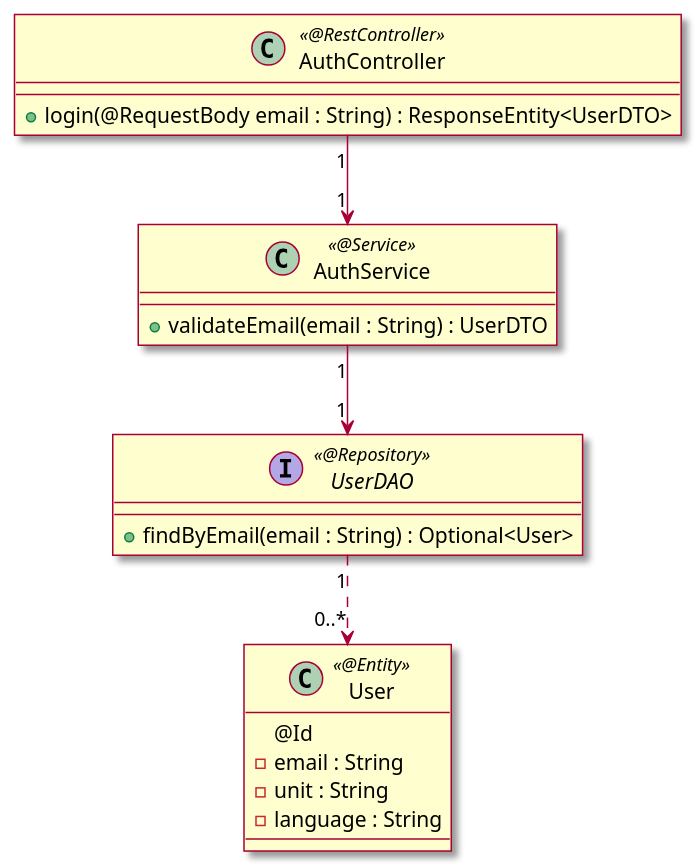
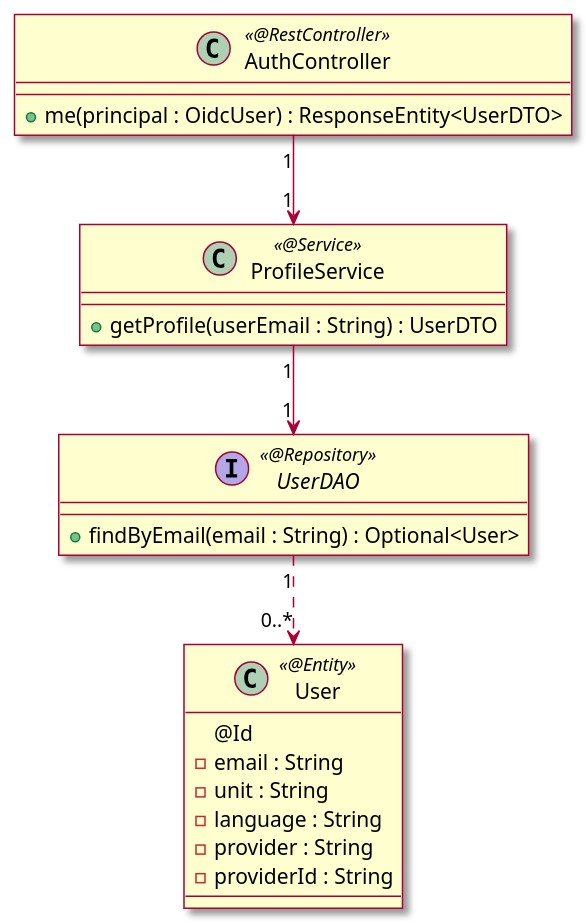
Before and after one commit to olivaux/planpotager: the sixth of 50 diagrams in specs/03_Conception_V1.0.md, drawn with PlantUML. The commit also changed other lines of this file and 19 other files, not shown here.

```diff
--- a/specs/03_Conception_V1.0.md
+++ b/specs/03_Conception_V1.0.md
@@ -708,29 +725,31 @@
 ~~~plantuml
 @startuml
 skin rose
 
 class AuthController <<@RestController>> {
-  + login(@RequestBody email : String) : ResponseEntity<UserDTO>
+  + me(principal : OidcUser) : ResponseEntity<UserDTO>
 }
 
-class AuthService <<@Service>> {
-  + validateEmail(email : String) : UserDTO
+class ProfileService <<@Service>> {
+  + getProfile(userEmail : String) : UserDTO
 }
 
 class User <<@Entity>> {
   @Id
   - email : String
   - unit : String
   - language : String
+  - provider : String
+  - providerId : String
 }
 
 interface UserDAO <<@Repository>> {
   + findByEmail(email : String) : Optional<User>
 }
 
-AuthController "1" --> "1" AuthService
-AuthService "1" --> "1" UserDAO
+AuthController "1" --> "1" ProfileService
+ProfileService "1" --> "1" UserDAO
 UserDAO "1" ..> "0..*" User
 
 @enduml
 ~~~
```
